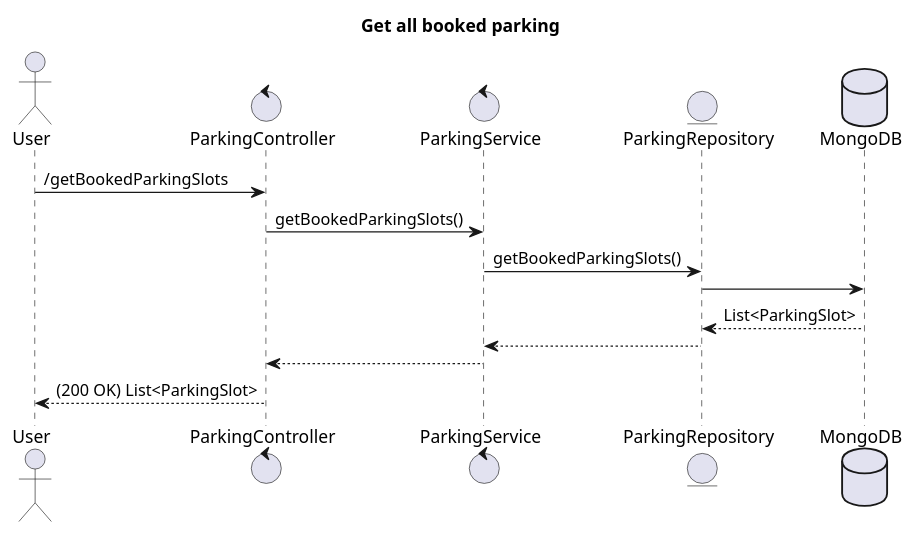
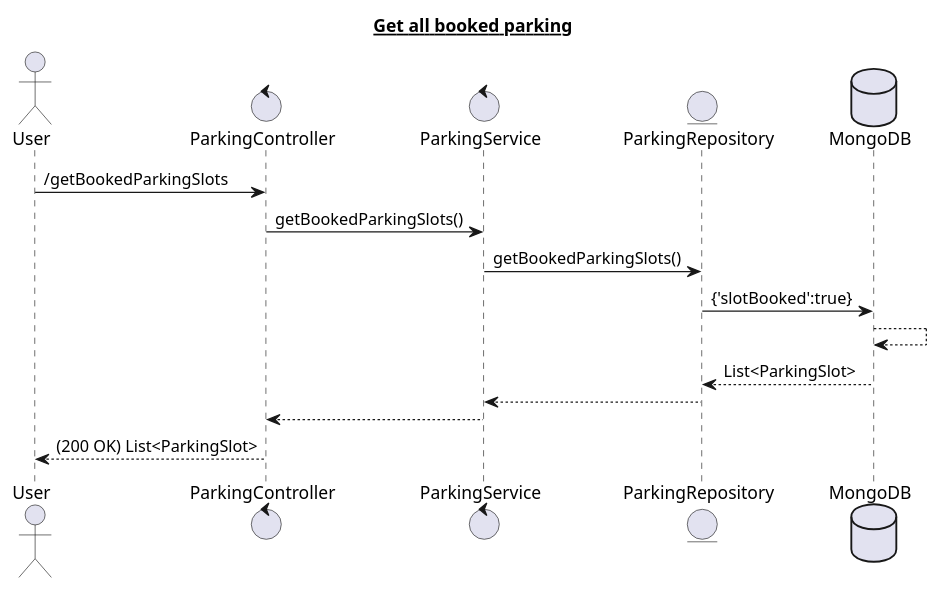
Before and after one commit to Akash-k-hub/ParkingLot: the diagram in flows/parking/getBookedParkingSlots.puml, drawn with PlantUML. The commit also changed 19 other files, not shown here.

```diff
--- a/flows/parking/getBookedParkingSlots.puml
+++ b/flows/parking/getBookedParkingSlots.puml
@@ -1,19 +1,20 @@
 @startuml
-title "Get all booked parking"
+title <U> Get all booked parking
 
 actor User
 control "ParkingController" as Controller
 control "ParkingService" as Service
 entity ParkingRepository as Dao
 database MongoDB as DB
 
 User -> Controller : /getBookedParkingSlots
 Controller -> Service : getBookedParkingSlots()
 Service -> Dao : getBookedParkingSlots()
-Dao -> DB
+Dao -> DB : {'slotBooked':true}
+DB --> DB
 DB --> Dao : List<ParkingSlot>
 Dao --> Service
 Service --> Controller
 Controller --> User : (200 OK) List<ParkingSlot>
 
 @enduml
```
